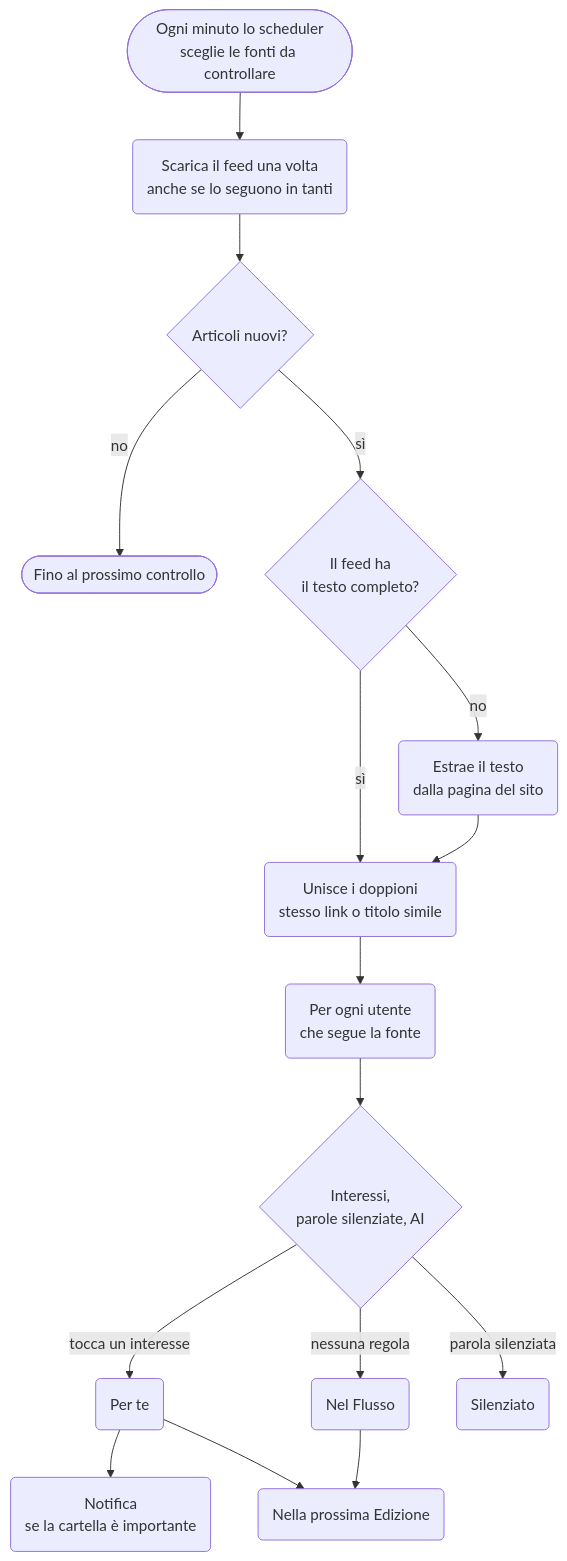
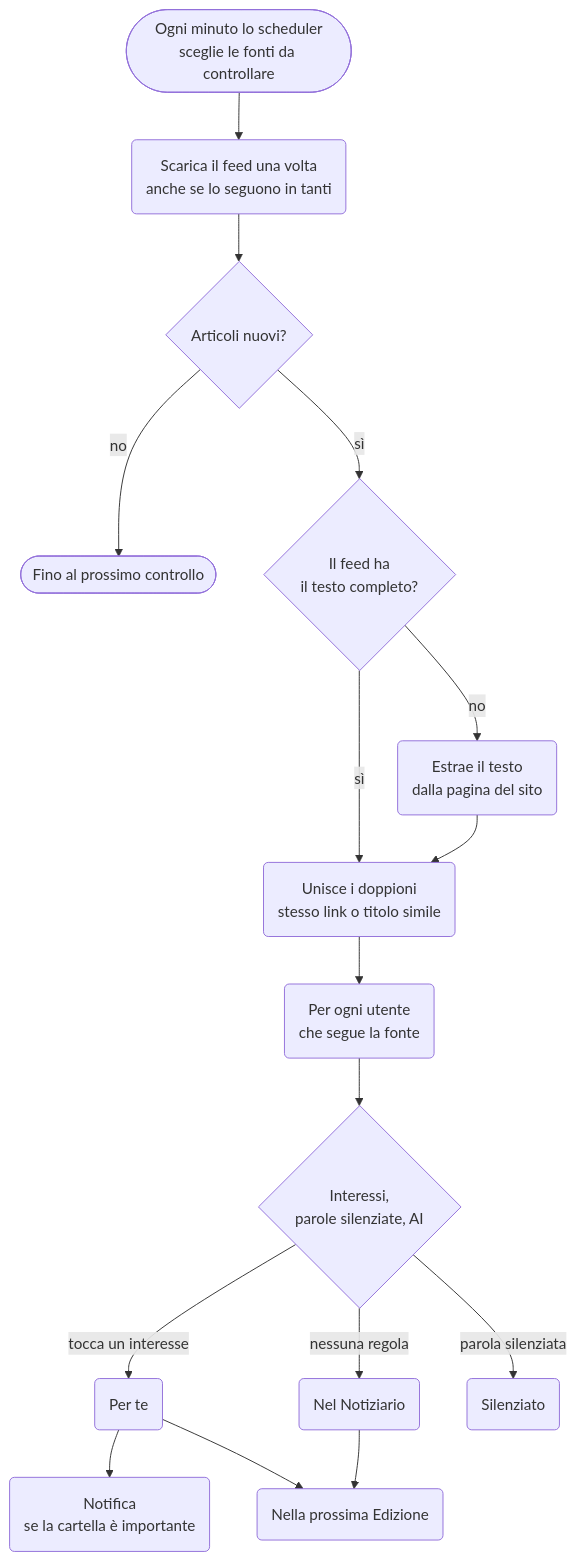
Before and after one commit to TehMaat/galactic-feed: the diagram in docs/diagrammi/articolo.mmd, drawn with Mermaid. The commit also changed 35 other files, not shown here.

```diff
--- a/docs/diagrammi/articolo.mmd
+++ b/docs/diagrammi/articolo.mmd
@@ -1,28 +1,28 @@
 flowchart TB
   start(["Ogni minuto lo scheduler<br/>sceglie le fonti da controllare"])
   scarica("Scarica il feed una volta<br/>anche se lo seguono in tanti")
   nuovi{"Articoli nuovi?"}
   fine(["Fino al prossimo controllo"])
   testo{"Il feed ha<br/>il testo completo?"}
   estrai("Estrae il testo<br/>dalla pagina del sito")
   doppi("Unisce i doppioni<br/>stesso link o titolo simile")
   utenti("Per ogni utente<br/>che segue la fonte")
   regole{"Interessi,<br/>parole silenziate, AI"}
   perte("Per te")
-  flusso("Nel Flusso")
+  flusso("Nel Notiziario")
   zitto("Silenziato")
   notifica("Notifica<br/>se la cartella è importante")
   edizione("Nella prossima Edizione")
 
   start --> scarica --> nuovi
   nuovi -- no --> fine
   nuovi -- sì --> testo
   testo -- sì --> doppi
   testo -- no --> estrai --> doppi
   doppi --> utenti --> regole
   regole -- tocca un interesse --> perte
   regole -- nessuna regola --> flusso
   regole -- parola silenziata --> zitto
   perte --> notifica
   perte --> edizione
   flusso --> edizione
```
